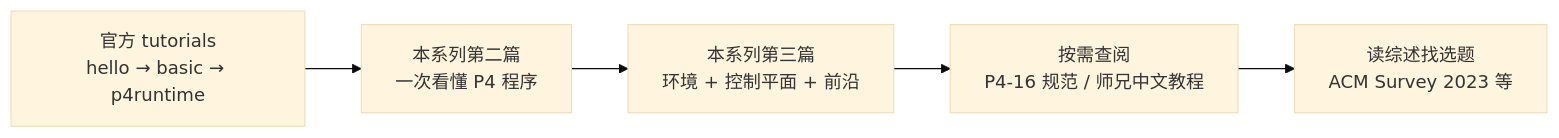
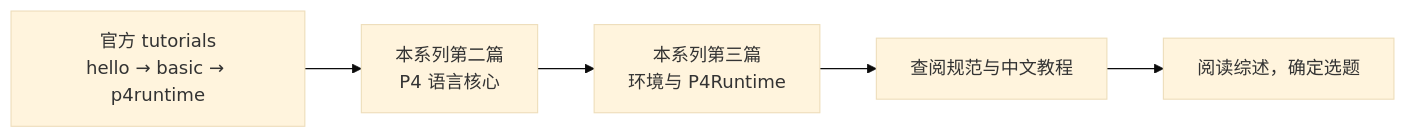
The fourth of 4 diagrams in src/content/blog/P4/p4-01-quickstart-overview.mdx (Sukkk-zcy/Sukkk-zcy.github.io), drawn with Mermaid (base theme) before and after one commit. The commit also changed other lines of this file and 2 other files, not shown here.

````diff
--- a/src/content/blog/P4/p4-01-quickstart-overview.mdx
+++ b/src/content/blog/P4/p4-01-quickstart-overview.mdx
@@ -124,7 +100,7 @@
 ```mermaid
 flowchart LR
-    A["官方 tutorials<br/>hello → basic → p4runtime"] --> B["本系列第二篇<br/>一次看懂 P4 程序"]
-    B --> C["本系列第三篇<br/>环境 + 控制平面 + 前沿"]
-    C --> D["按需查阅<br/>P4-16 规范 / 师兄中文教程"]
-    D --> E["读综述找选题<br/>ACM Survey 2023 等"]
+    A["官方 tutorials<br/>hello → basic → p4runtime"] --> B["本系列第二篇<br/>P4 语言核心"]
+    B --> C["本系列第三篇<br/>环境与 P4Runtime"]
+    C --> D["查阅规范与中文教程"]
+    D --> E["阅读综述，确定选题"]
 ```
````
